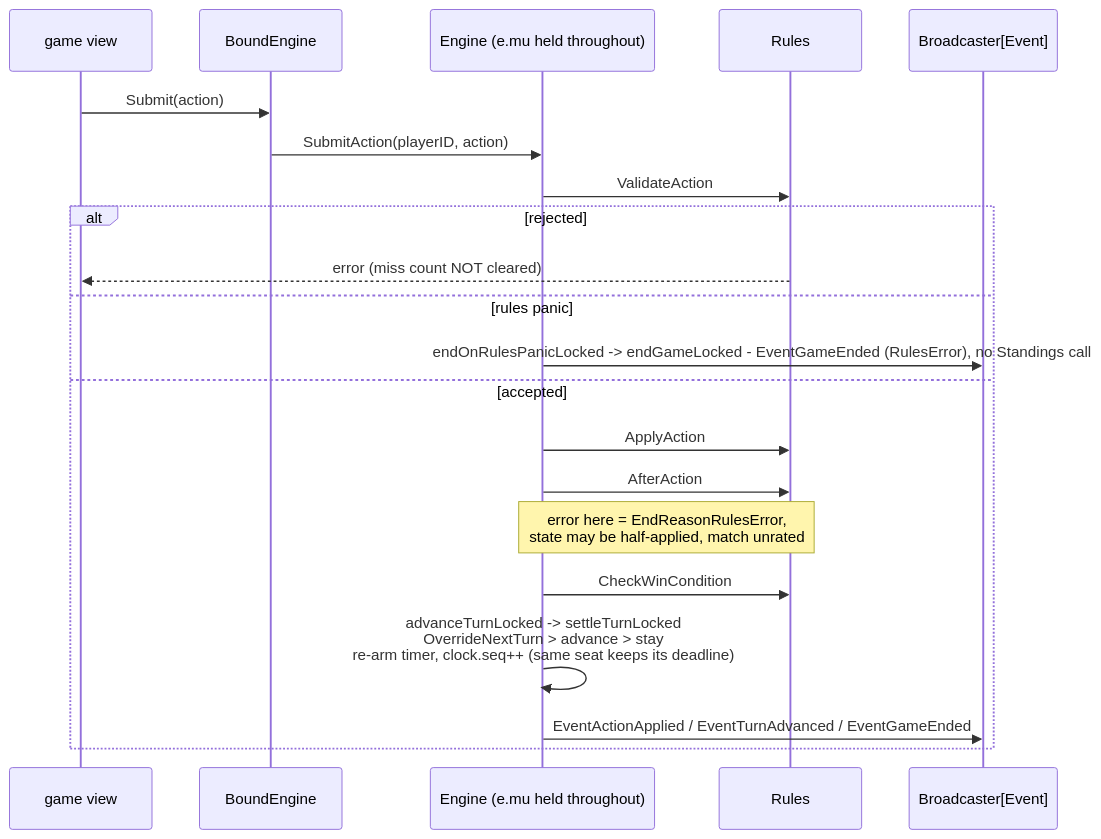
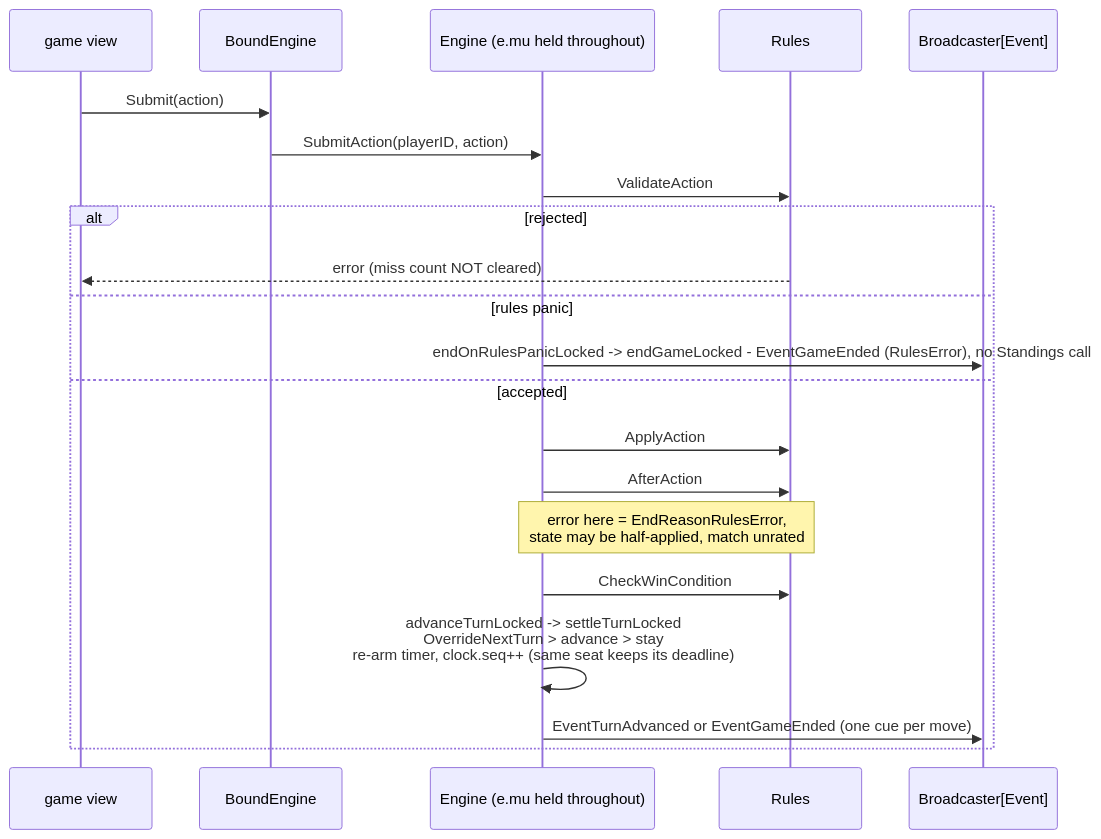
Before and after one commit to Pieczasz/tty-cards: the fifth of 11 diagrams in docs/codebase-map.md, drawn with Mermaid. The commit also changed 6 other files, not shown here.

Commit message:
refactor(game): one feed event per settled action

````diff
--- a/docs/codebase-map.md
+++ b/docs/codebase-map.md
@@ -243,24 +243,24 @@
 ```mermaid
 sequenceDiagram
     participant V as game view
     participant B as BoundEngine
     participant E as Engine (e.mu held throughout)
     participant Ru as Rules
     participant Bc as Broadcaster[Event]
 
     V->>B: Submit(action)
     B->>E: SubmitAction(playerID, action)
     E->>Ru: ValidateAction
     alt rejected
         Ru-->>V: error (miss count NOT cleared)
     else rules panic
         E->>Bc: endOnRulesPanicLocked -> endGameLocked - EventGameEnded (RulesError), no Standings call
     else accepted
         E->>Ru: ApplyAction
         E->>Ru: AfterAction
         Note over E,Ru: error here = EndReasonRulesError,<br/>state may be half-applied, match unrated
         E->>Ru: CheckWinCondition
         E->>E: advanceTurnLocked -> settleTurnLocked<br/>OverrideNextTurn > advance > stay<br/>re-arm timer, clock.seq++ (same seat keeps its deadline)
-        E->>Bc: EventActionApplied / EventTurnAdvanced / EventGameEnded
+        E->>Bc: EventTurnAdvanced or EventGameEnded (one cue per move)
     end
 ```
````
